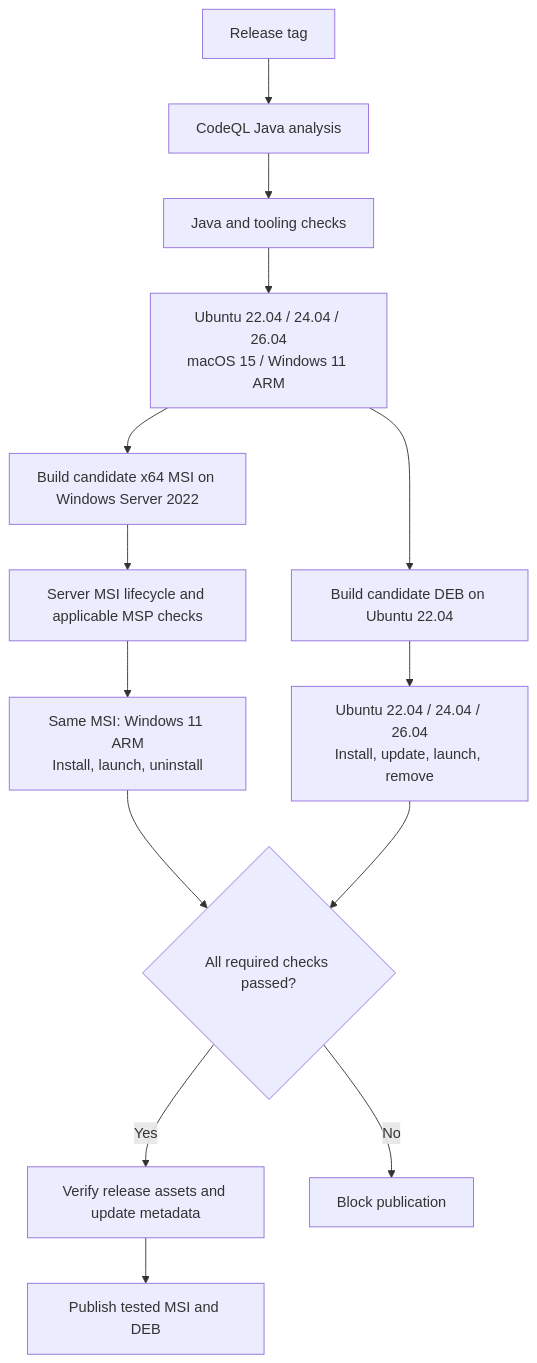
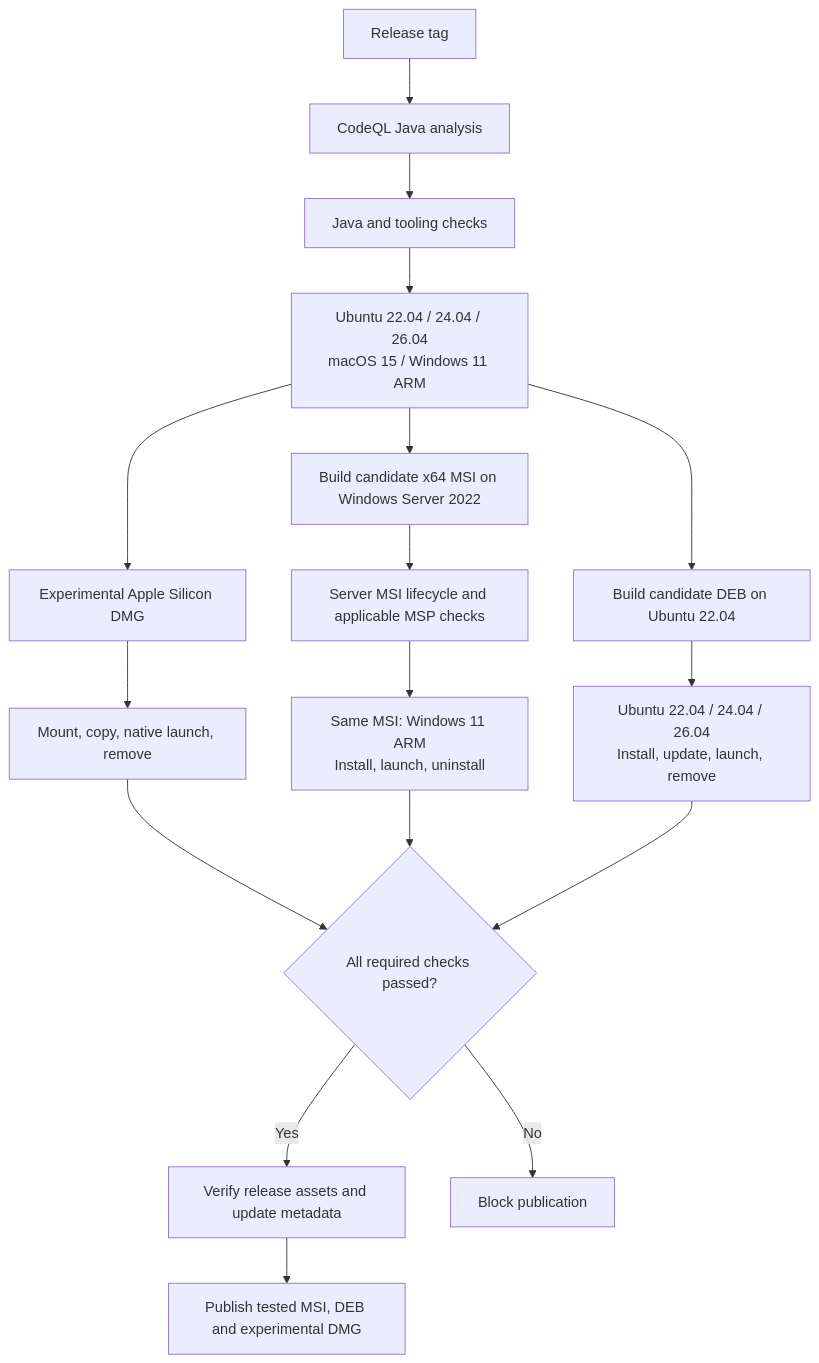
The diagram in docs/development/build/packaging.md (mgarcia01752/oscar-ui), drawn with Mermaid before and after one commit. The commit also changed other lines of this file and 20 other files, not shown here.

````diff
--- a/docs/development/build/packaging.md
+++ b/docs/development/build/packaging.md
@@ -431,16 +431,19 @@
 ```mermaid
 flowchart TD
     Tag[Release tag] --> Security[CodeQL Java analysis]
     Security --> CI[Java and tooling checks]
     CI --> Platforms[Ubuntu 22.04 / 24.04 / 26.04<br/>macOS 15 / Windows 11 ARM]
     Platforms --> MSI[Build candidate x64 MSI on Windows Server 2022]
     Platforms --> DEB[Build candidate DEB on Ubuntu 22.04]
+    Platforms --> Mac[Experimental Apple Silicon DMG]
+    Mac --> MacTest[Mount, copy, native launch, remove]
+    MacTest --> Gate
     MSI --> Server[Server MSI lifecycle and applicable MSP checks]
     Server --> Win11[Same MSI: Windows 11 ARM<br/>Install, launch, uninstall]
     DEB --> Ubuntu[Ubuntu 22.04 / 24.04 / 26.04<br/>Install, update, launch, remove]
     Win11 --> Gate{All required checks passed?}
     Ubuntu --> Gate
     Gate -->|Yes| Verify[Verify release assets and update metadata]
-    Verify --> Publish[Publish tested MSI and DEB]
+    Verify --> Publish[Publish tested MSI, DEB and experimental DMG]
     Gate -->|No| Stop[Block publication]
 ```
````
